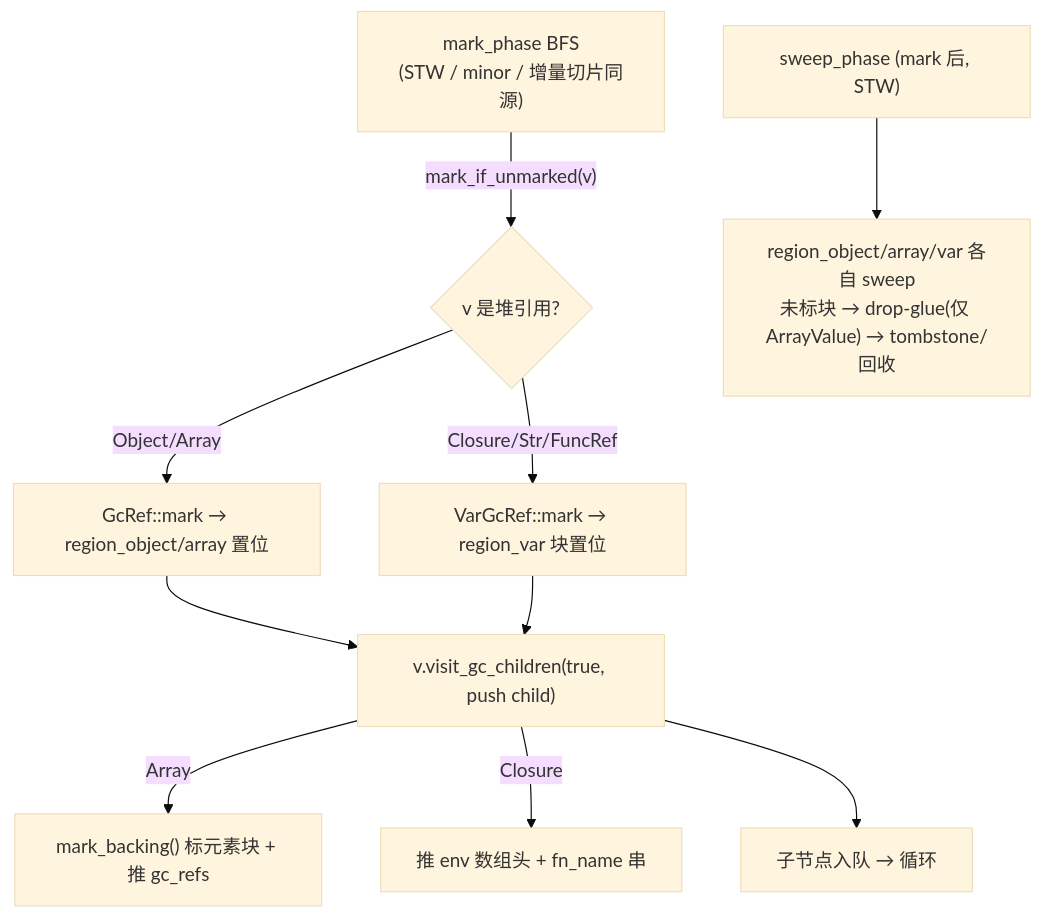
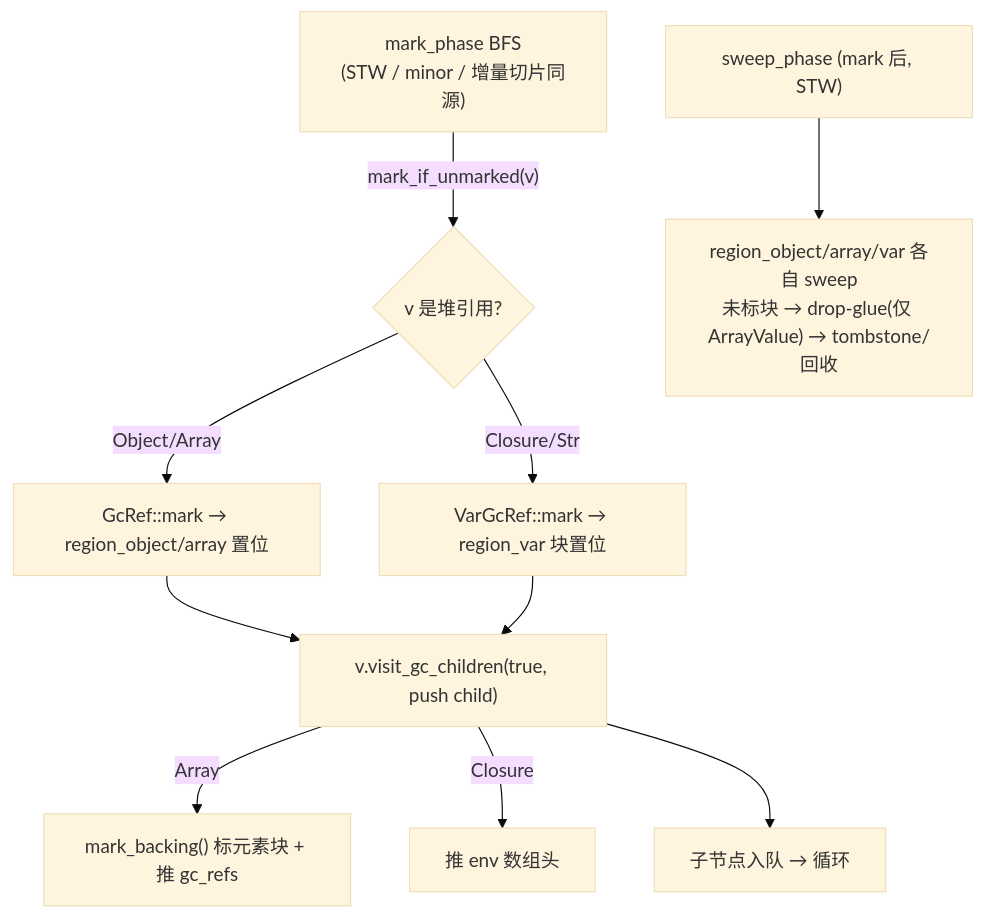
One commit to z42-lang/z42 changed the diagram in docs/internals/src/runtime/gc.md. Above: the diagram before and after it, drawn with Mermaid (base theme). The commit also changed other lines of this file and 49 other files, not shown here.

````diff
--- a/docs/internals/src/runtime/gc.md
+++ b/docs/internals/src/runtime/gc.md
@@ -300,12 +300,12 @@
 ```mermaid
 flowchart TD
   MARK["mark_phase BFS<br/>(STW / minor / 增量切片同源)"] -->|"mark_if_unmarked(v)"| M{"v 是堆引用?"}
   M -->|"Object/Array"| RO["GcRef::mark → region_object/array 置位"]
-  M -->|"Closure/Str/FuncRef"| RV["VarGcRef::mark → region_var 块置位"]
+  M -->|"Closure/Str"| RV["VarGcRef::mark → region_var 块置位"]
   RO --> TC["v.visit_gc_children(true, push child)"]
   RV --> TC
   TC -->|"Array"| MB["mark_backing() 标元素块 + 推 gc_refs"]
-  TC -->|"Closure"| CE["推 env 数组头 + fn_name 串"]
+  TC -->|"Closure"| CE["推 env 数组头"]
   TC --> Q["子节点入队 → 循环"]
   SWEEP["sweep_phase (mark 后, STW)"] --> S3["region_object/array/var 各自 sweep<br/>未标块 → drop-glue(仅 ArrayValue) → tombstone/回收"]
 ```
````
